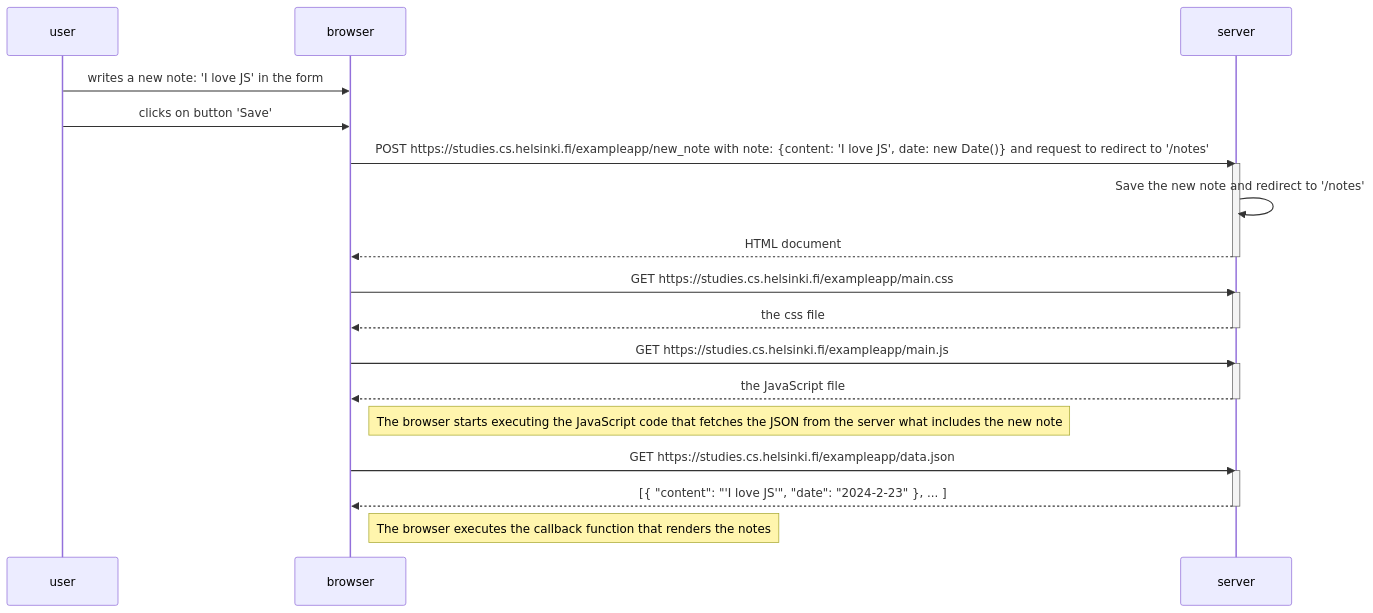
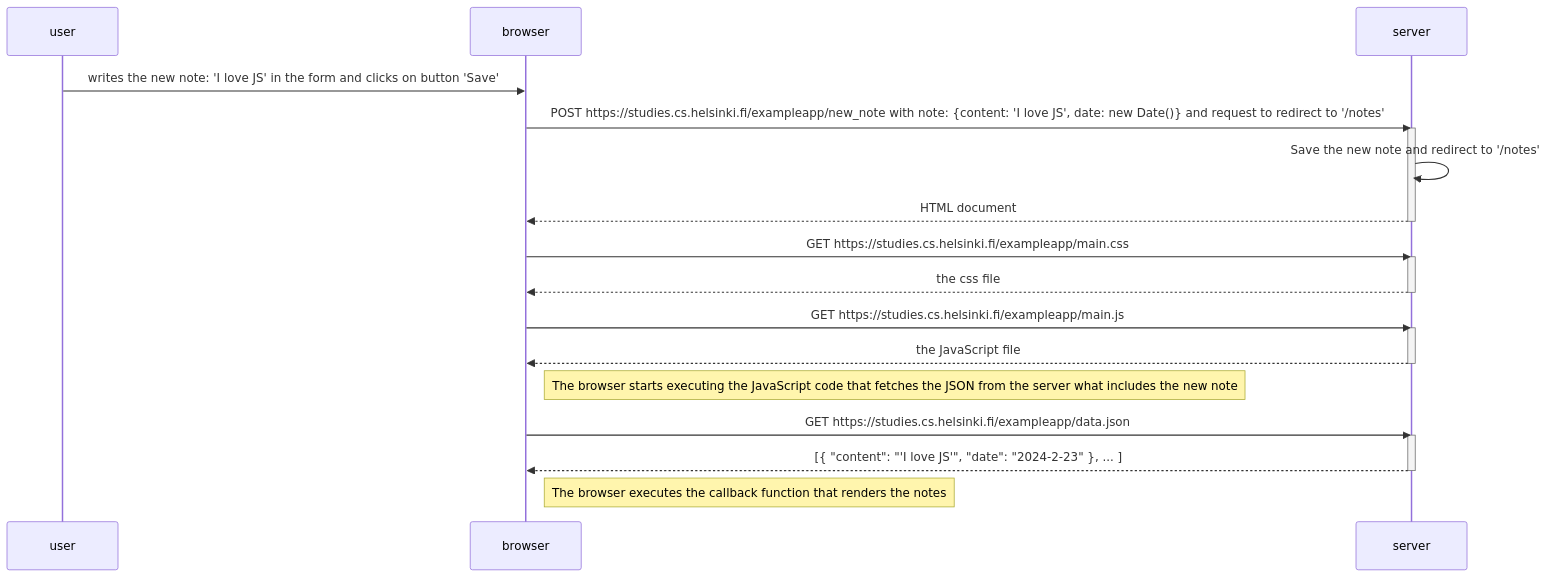
Before and after one commit to CristianMelero/fs_open_CristianMelero: the diagram in part 0/0-4.mmd, drawn with Mermaid.

Commit message:
Update 0-4.mmd
change first interaction

```diff
--- a/part 0/0-4.mmd
+++ b/part 0/0-4.mmd
@@ -1,32 +1,31 @@
 sequenceDiagram
     participant user
     participant browser
     participant server
 
-    user->>browser: writes a new note: 'I love JS' in the form
-    user->>browser: clicks on button 'Save'
+    user->>browser: writes the new note: 'I love JS' in the form and clicks on button 'Save'
 
     browser->>server: POST https://studies.cs.helsinki.fi/exampleapp/new_note with note: {content: 'I love JS', date: new Date()} and request to redirect to '/notes'
     activate server
     server->>server: Save the new note and redirect to '/notes'
     server-->>browser: HTML document
     deactivate server
 
     browser->>server: GET https://studies.cs.helsinki.fi/exampleapp/main.css
     activate server
     server-->>browser: the css file
     deactivate server
 
     browser->>server: GET https://studies.cs.helsinki.fi/exampleapp/main.js
     activate server
     server-->>browser: the JavaScript file
     deactivate server
 
     Note right of browser: The browser starts executing the JavaScript code that fetches the JSON from the server what includes the new note
 
     browser->>server: GET https://studies.cs.helsinki.fi/exampleapp/data.json
     activate server
     server-->>browser: [{ "content": "'I love JS'", "date": "2024-2-23" }, ... ]
     deactivate server
 
     Note right of browser: The browser executes the callback function that renders the notes
```
